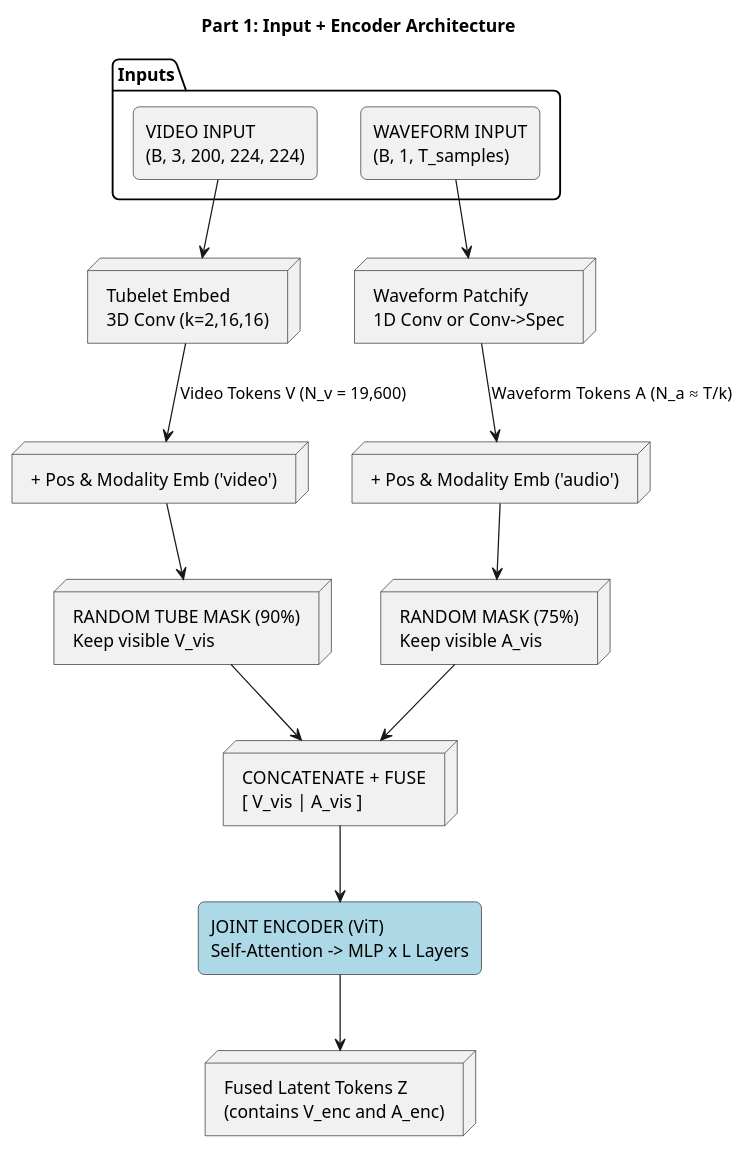
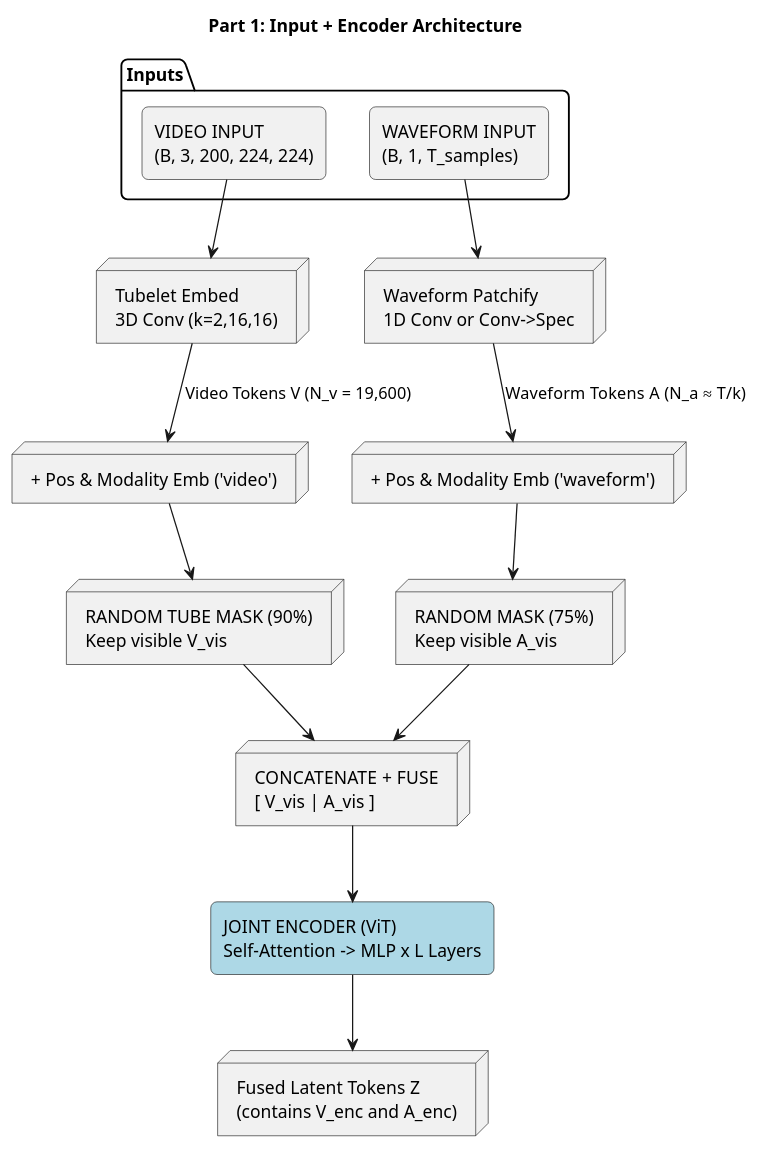
The first of 2 diagrams in code/architecture.md (LeqiaoP1/MA-project-KISMED), drawn with PlantUML before and after one commit. The commit also changed 27 other files, not shown here.

````diff
--- a/code/architecture.md
+++ b/code/architecture.md
@@ -5,42 +5,42 @@
 ```plantuml
 @startuml
 skinparam RoundCorner 10
 skinparam ComponentStyle rectangle
 
 title Part 1: Input + Encoder Architecture
 
 package "Inputs" {
   [VIDEO INPUT\n(B, 3, 200, 224, 224)] as V_IN
   [WAVEFORM INPUT\n(B, 1, T_samples)] as A_IN
 }
 
 node "Tubelet Embed\n3D Conv (k=2,16,16)" as V_EMB
 node "Waveform Patchify\n1D Conv or Conv->Spec" as A_EMB
 
 V_IN --> V_EMB
 A_IN --> A_EMB
 
 node "+ Pos & Modality Emb ('video')" as V_POS
-node "+ Pos & Modality Emb ('audio')" as A_POS
+node "+ Pos & Modality Emb ('waveform')" as A_POS
 
 V_EMB --> V_POS : Video Tokens V (N_v = 19,600)
 A_EMB --> A_POS : Waveform Tokens A (N_a ≈ T/k)
 
 node "RANDOM TUBE MASK (90%)\nKeep visible V_vis" as V_MASK
 node "RANDOM MASK (75%)\nKeep visible A_vis" as A_MASK
 
 V_POS --> V_MASK
 A_POS --> A_MASK
 
 node "CONCATENATE + FUSE\n[ V_vis | A_vis ]" as FUSE
 V_MASK --> FUSE
 A_MASK --> FUSE
 
 rectangle "JOINT ENCODER (ViT)\nSelf-Attention -> MLP x L Layers" as ENCODER #LightBlue
 FUSE --> ENCODER
 
 node "Fused Latent Tokens Z\n(contains V_enc and A_enc)" as LATENT
 ENCODER --> LATENT
 
 @enduml
 ```
````
